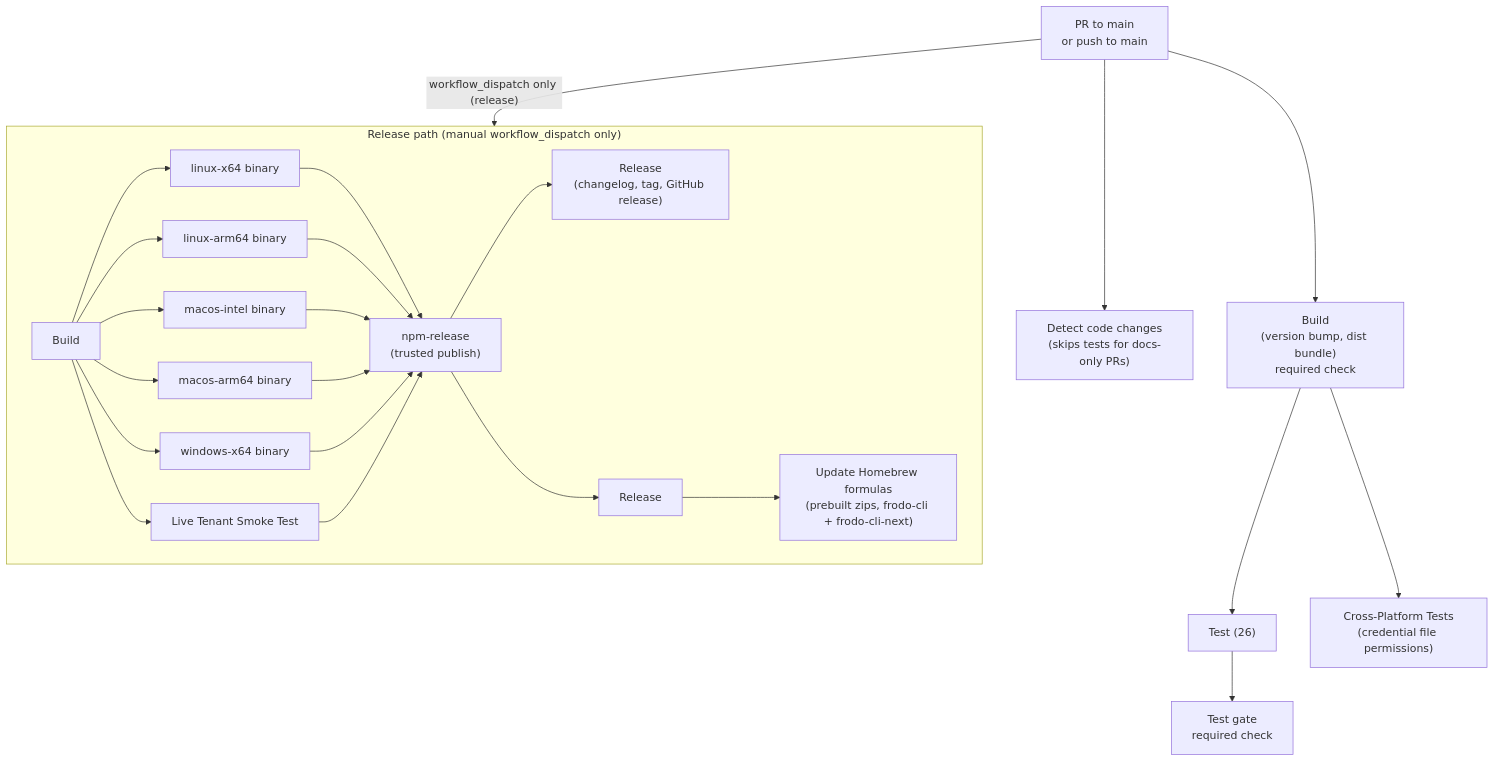
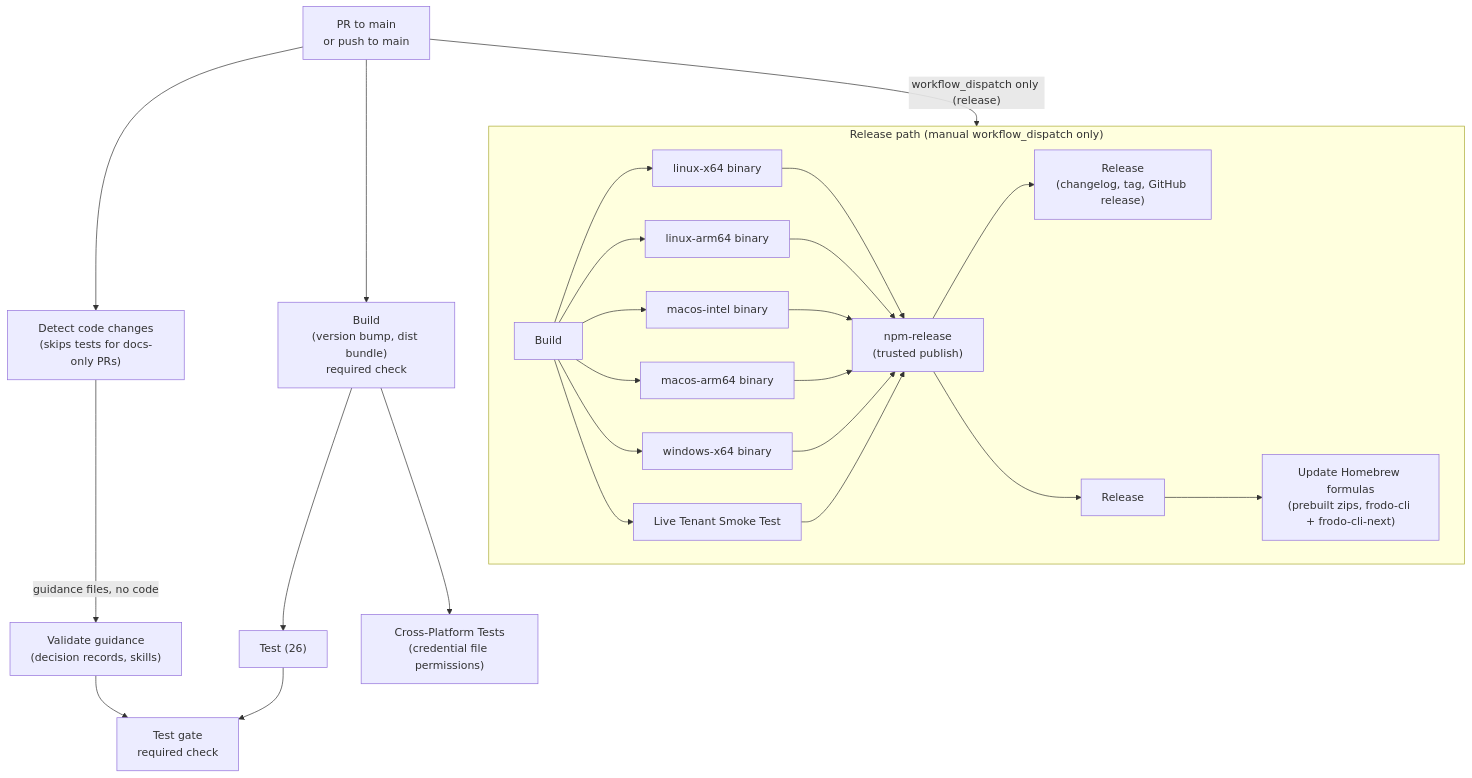
The diagram in docs/PIPELINE.md (rockcarver/frodo-cli), drawn with Mermaid before and after one commit. The commit also changed other lines of this file and 7 other files, not shown here.

````diff
--- a/docs/PIPELINE.md
+++ b/docs/PIPELINE.md
@@ -14,23 +14,25 @@
 ```mermaid
 flowchart TD
     PR["PR to main<br/>or push to main"] --> CH["Detect code changes<br/>(skips tests for docs-only PRs)"]
+    CH -->|"guidance files, no code"| G["Validate guidance<br/>(decision records, skills)"]
     PR --> B["Build<br/>(version bump, dist bundle)<br/>required check"]
     B --> T["Test (26)"]
     B --> X["Cross-Platform Tests<br/>(credential file permissions)"]
     T --> TG["Test gate<br/>required check"]
+    G --> TG
     PR -->|"workflow_dispatch only (release)"| RELPATH["Release path"]
 
     subgraph RELPATH ["Release path (manual workflow_dispatch only)"]
         B2["Build"] --> TL["Live Tenant Smoke Test"]
         B2 --> LX["linux-x64 binary"]
         B2 --> LA["linux-arm64 binary"]
         B2 --> MI["macos-intel binary"]
         B2 --> MA["macos-arm64 binary"]
         B2 --> WI["windows-x64 binary"]
         LX & LA & MI & MA & WI --> NR["npm-release<br/>(trusted publish)"]
         TL --> NR
         NR --> R["Release<br/>(changelog, tag, GitHub release)"]
         R2["Release"] --> HB["Update Homebrew formulas<br/>(prebuilt zips, frodo-cli + frodo-cli-next)"]
         NR --> R2
     end
 ```
````
